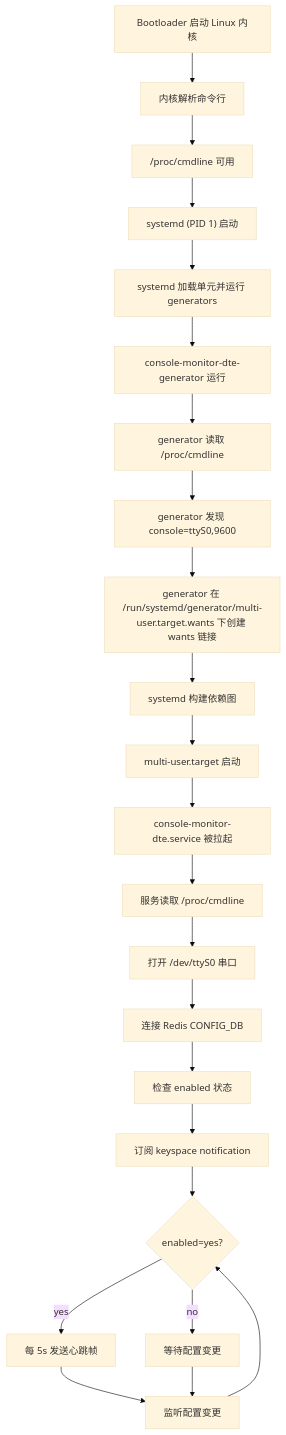
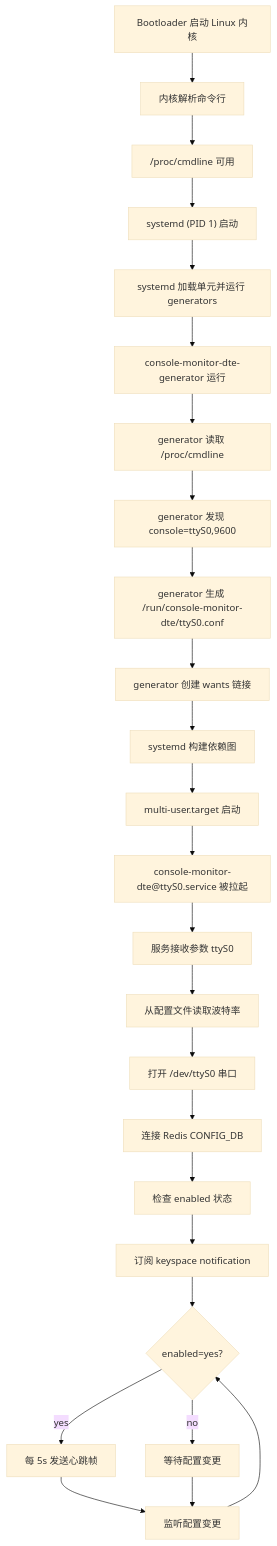
Before and after one commit to wiperi/consoled: the third of 4 diagrams in docs/Console-Monitor-HLD-CN.md, drawn with Mermaid (base theme). The commit also changed other lines of this file and 2 other files, not shown here.

Commit message:
feat: update dte initialization process

````diff
--- a/docs/Console-Monitor-HLD-CN.md
+++ b/docs/Console-Monitor-HLD-CN.md
@@ -425,25 +434,27 @@
 ```mermaid
 flowchart TD
   A["Bootloader 启动 Linux 内核"] --> B["内核解析命令行"]
   B --> C["/proc/cmdline 可用"]
   C --> D["systemd (PID 1) 启动"]
   D --> E["systemd 加载单元并运行 generators"]
   E --> F["console-monitor-dte-generator 运行"]
   F --> G["generator 读取 /proc/cmdline"]
   G --> H["generator 发现 console=ttyS0,9600"]
-  H --> I["generator 在 /run/systemd/generator/multi-user.target.wants 下创建 wants 链接"]
-  I --> J["systemd 构建依赖图"]
-  J --> K["multi-user.target 启动"]
-  K --> L["console-monitor-dte.service 被拉起"]
-  L --> M["服务读取 /proc/cmdline"]
-  M --> N["打开 /dev/ttyS0 串口"]
-  N --> O["连接 Redis CONFIG_DB"]
-  O --> P["检查 enabled 状态"]
-  P --> Q["订阅 keyspace notification"]
-  Q --> R{"enabled=yes?"}
-  R -- yes --> S["每 5s 发送心跳帧"]
-  R -- no --> T["等待配置变更"]
-  S --> U["监听配置变更"]
-  T --> U
-  U --> R
+  H --> I["generator 生成 /run/console-monitor-dte/ttyS0.conf"]
+  I --> J["generator 创建 wants 链接"]
+  J --> K["systemd 构建依赖图"]
+  K --> L["multi-user.target 启动"]
+  L --> M["console-monitor-dte@ttyS0.service 被拉起"]
+  M --> N["服务接收参数 ttyS0"]
+  N --> O["从配置文件读取波特率"]
+  O --> P["打开 /dev/ttyS0 串口"]
+  P --> Q["连接 Redis CONFIG_DB"]
+  Q --> R["检查 enabled 状态"]
+  R --> S["订阅 keyspace notification"]
+  S --> T{"enabled=yes?"}
+  T -- yes --> U["每 5s 发送心跳帧"]
+  T -- no --> V["等待配置变更"]
+  U --> W["监听配置变更"]
+  V --> W
+  W --> T
 ```
````
